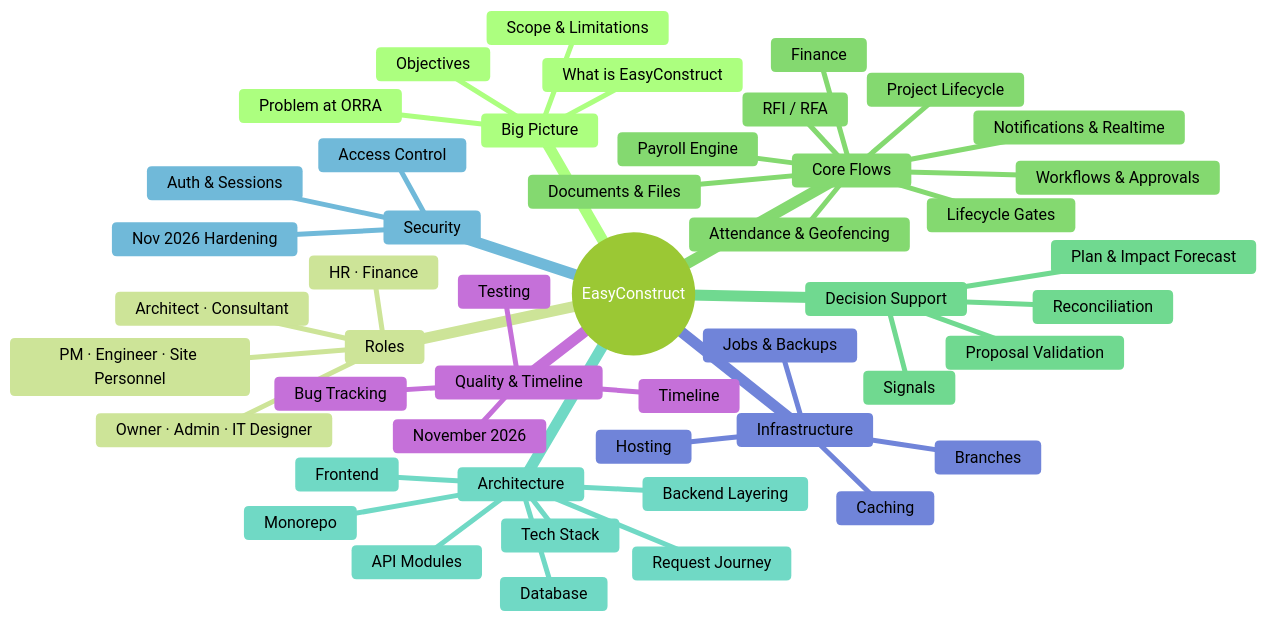
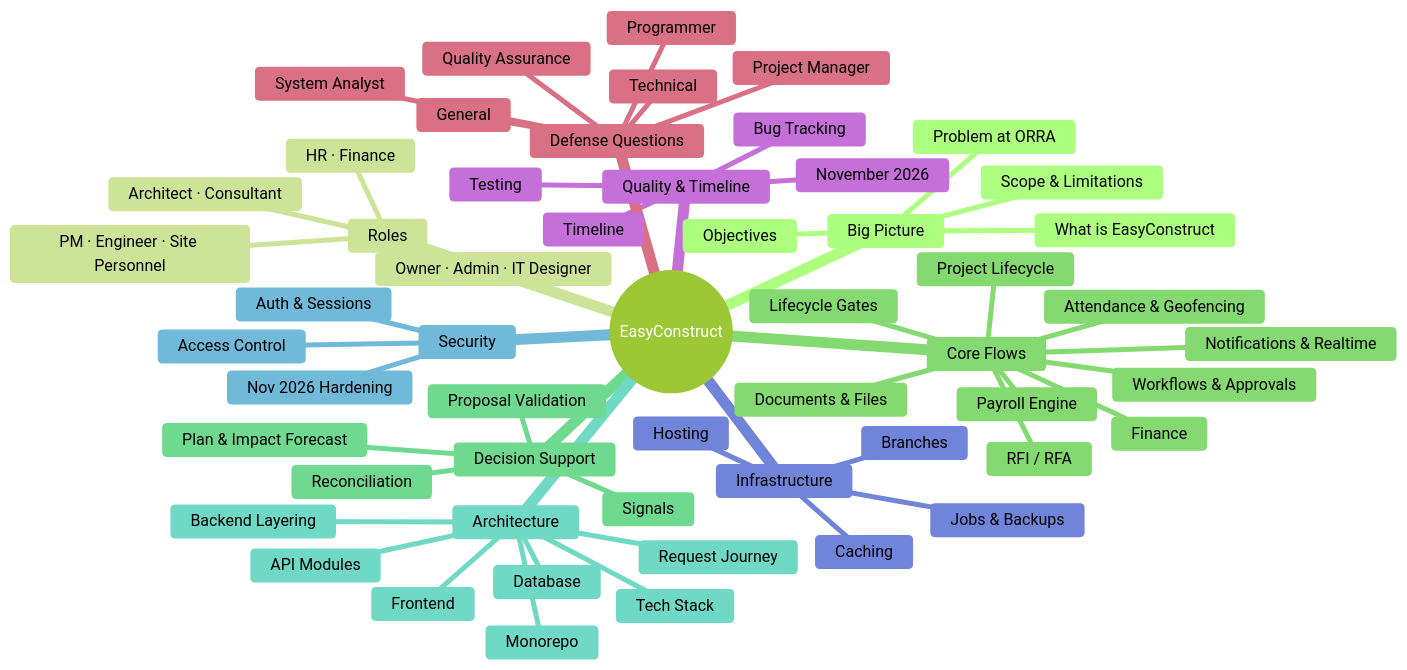
The diagram in content/00 Start Here.md (nhyl-beta/easyconstruct-wiki), drawn with Mermaid (forest theme) before and after one commit. The commit also changed other lines of this file and 8 other files, not shown here.

Commit message:
Add defense questions section

````diff
--- a/content/00 Start Here.md
+++ b/content/00 Start Here.md
@@ -27,51 +28,58 @@
 ```mermaid
 mindmap
   root((EasyConstruct))
     Big Picture
       What is EasyConstruct
       Problem at ORRA
       Objectives
       Scope & Limitations
     Roles
       Owner · Admin · IT Designer
       PM · Engineer · Site Personnel
       Architect · Consultant
       HR · Finance
     Core Flows
       Project Lifecycle
       Lifecycle Gates
       Workflows & Approvals
       RFI / RFA
       Attendance & Geofencing
       Payroll Engine
       Finance
       Documents & Files
       Notifications & Realtime
     Decision Support
       Signals
       Proposal Validation
       Plan & Impact Forecast
       Reconciliation
     Architecture
       Tech Stack
       Monorepo
       Backend Layering
       API Modules
       Frontend
       Database
       Request Journey
     Security
       Auth & Sessions
       Access Control
       Nov 2026 Hardening
     Infrastructure
       Hosting
       Jobs & Backups
       Caching
       Branches
     Quality & Timeline
       Testing
       Bug Tracking
       Timeline
       November 2026
+    Defense Questions
+      General
+      Technical
+      Project Manager
+      Programmer
+      Quality Assurance
+      System Analyst
 ```
````
